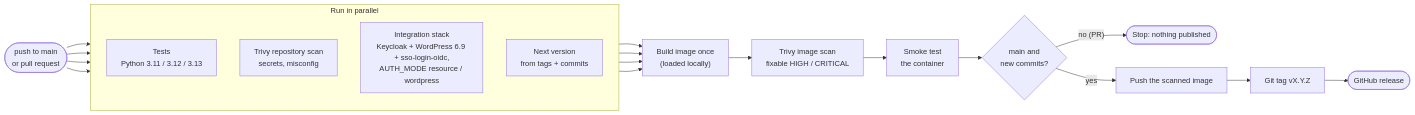
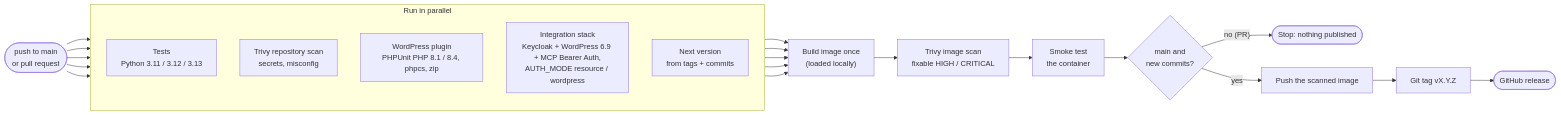
Before and after one commit to linuxrrze/mcp-wordpress-oauth: the diagram in docs/ci.md, drawn with Mermaid. The commit also changed other lines of this file and 35 other files, not shown here.

First line of the commit message:
feat!: bundle MCP Bearer Auth plugin, drop the sso-login-oidc dependency

````diff
--- a/docs/ci.md
+++ b/docs/ci.md
@@ -6,22 +6,23 @@
 ```mermaid
 flowchart LR
     trigger(["push to main<br/>or pull request"])
 
     subgraph gates["Run in parallel"]
         direction TB
         test["Tests<br/>Python 3.11 / 3.12 / 3.13"]
         repo["Trivy repository scan<br/>secrets, misconfig"]
-        integration["Integration stack<br/>Keycloak + WordPress 6.9 + sso-login-oidc,<br/>AUTH_MODE resource / wordpress"]
+        plugin["WordPress plugin<br/>PHPUnit PHP 8.1 / 8.4, phpcs, zip"]
+        integration["Integration stack<br/>Keycloak + WordPress 6.9 + MCP Bearer Auth,<br/>AUTH_MODE resource / wordpress"]
         version["Next version<br/>from tags + commits"]
     end
 
-    trigger --> test & repo & integration & version
-    test & repo & integration & version --> build["Build image once<br/>(loaded locally)"]
+    trigger --> test & repo & plugin & integration & version
+    test & repo & plugin & integration & version --> build["Build image once<br/>(loaded locally)"]
     build --> scan["Trivy image scan<br/>fixable HIGH / CRITICAL"]
     scan --> smoke["Smoke test<br/>the container"]
     smoke --> decide{"main and<br/>new commits?"}
     decide -- "no (PR)" --> stop(["Stop: nothing published"])
     decide -- yes --> push["Push the scanned image"]
     push --> tag["Git tag vX.Y.Z"]
     tag --> release(["GitHub release"])
 ```
````
